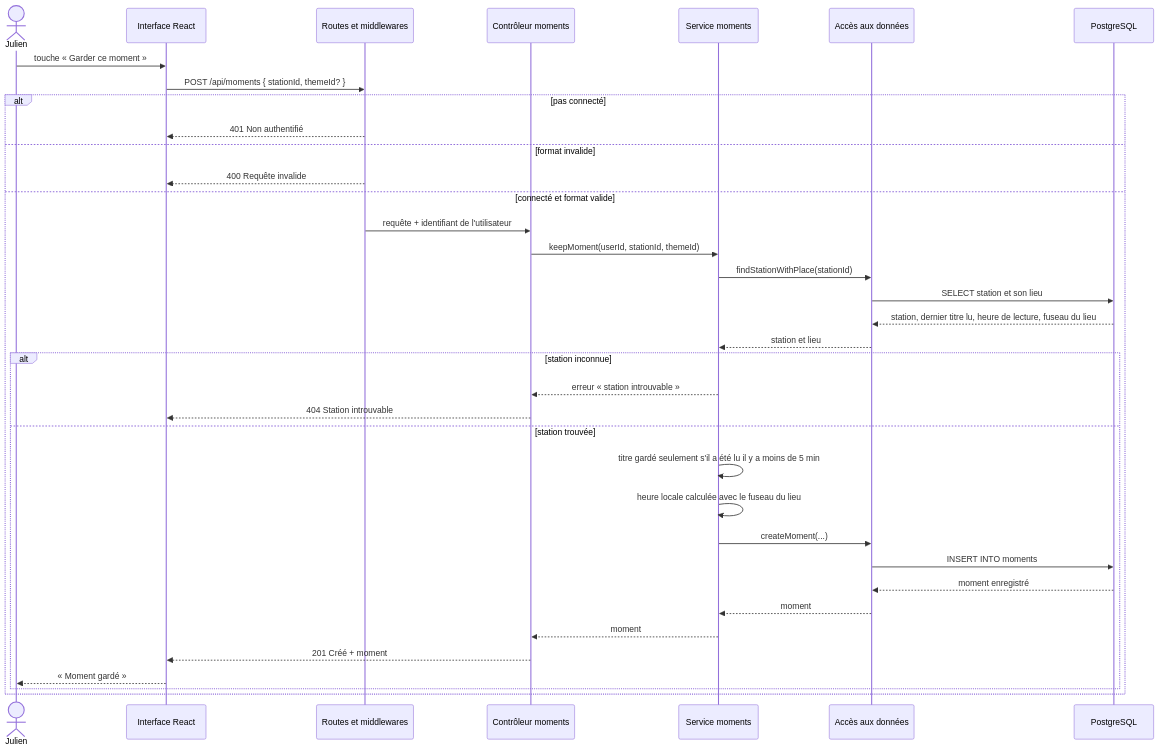
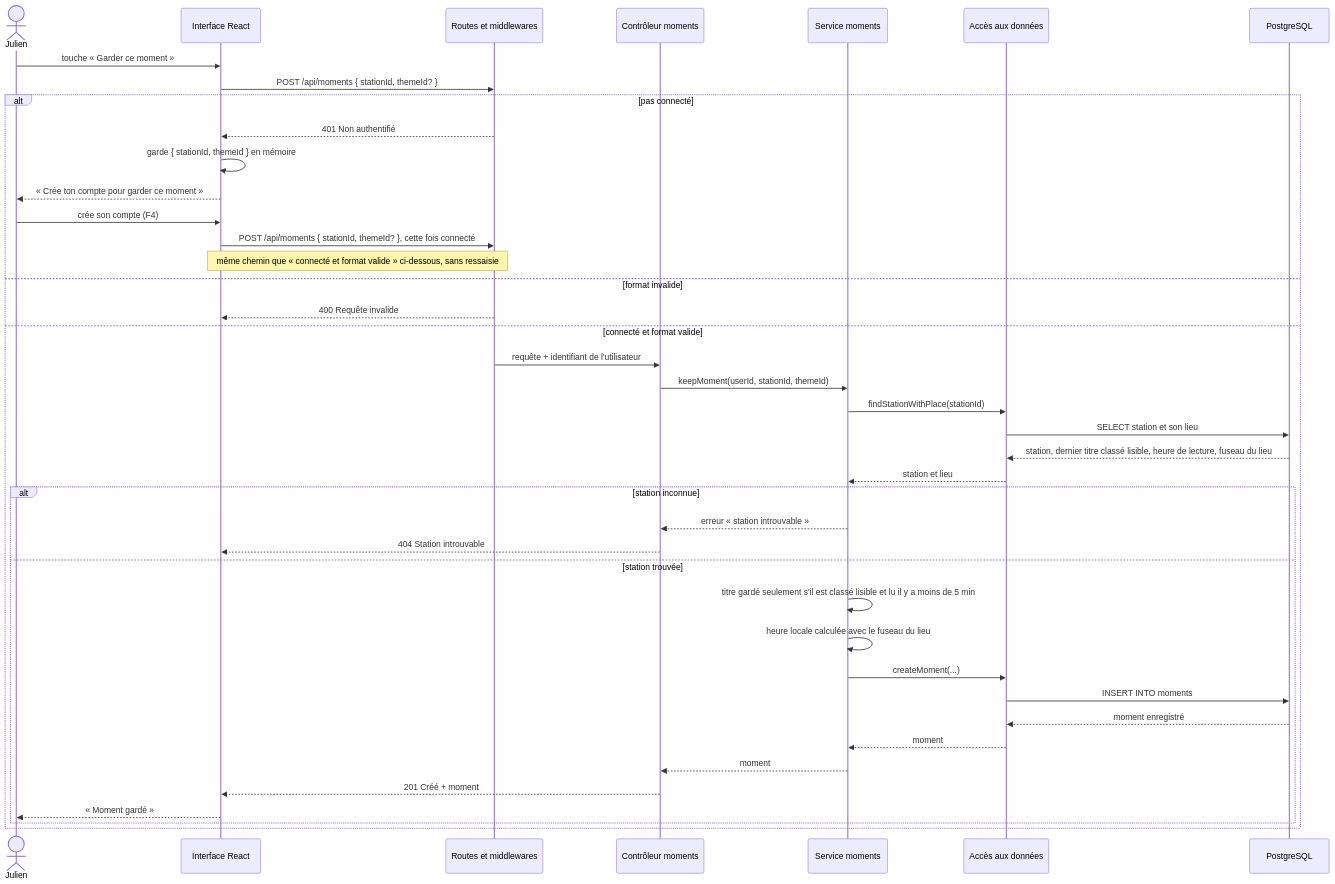
One commit to gvlaurent/elsewhere changed the sixth of 6 diagrams in docs/architecture.md. Above: the diagram before and after it, drawn with Mermaid. The commit also changed other lines of this file and 4 other files, not shown here.

First line of the commit message:
docs: corrige l'architecture après la relecture (ELS-12)

````diff
--- a/docs/architecture.md
+++ b/docs/architecture.md
@@ -191,39 +192,44 @@
 ```mermaid
 sequenceDiagram
     actor J as Julien
     participant N as Interface React
     participant R as Routes et middlewares
     participant C as Contrôleur moments
     participant S as Service moments
     participant D as Accès aux données
     participant B as PostgreSQL
 
     J->>N: touche « Garder ce moment »
     N->>R: POST /api/moments { stationId, themeId? }
     alt pas connecté
         R-->>N: 401 Non authentifié
+        N->>N: garde { stationId, themeId } en mémoire
+        N-->>J: « Crée ton compte pour garder ce moment »
+        J->>N: crée son compte (F4)
+        N->>R: POST /api/moments { stationId, themeId? }, cette fois connecté
+        Note over N,R: même chemin que « connecté et format valide » ci-dessous, sans ressaisie
     else format invalide
         R-->>N: 400 Requête invalide
     else connecté et format valide
         R->>C: requête + identifiant de l'utilisateur
         C->>S: keepMoment(userId, stationId, themeId)
         S->>D: findStationWithPlace(stationId)
         D->>B: SELECT station et son lieu
-        B-->>D: station, dernier titre lu, heure de lecture, fuseau du lieu
+        B-->>D: station, dernier titre classé lisible, heure de lecture, fuseau du lieu
         D-->>S: station et lieu
         alt station inconnue
             S-->>C: erreur « station introuvable »
             C-->>N: 404 Station introuvable
         else station trouvée
-            S->>S: titre gardé seulement s'il a été lu il y a moins de 5 min
+            S->>S: titre gardé seulement s'il est classé lisible et lu il y a moins de 5 min
             S->>S: heure locale calculée avec le fuseau du lieu
             S->>D: createMoment(...)
             D->>B: INSERT INTO moments
             B-->>D: moment enregistré
             D-->>S: moment
             S-->>C: moment
             C-->>N: 201 Créé + moment
             N-->>J: « Moment gardé »
         end
     end
 ```
````
